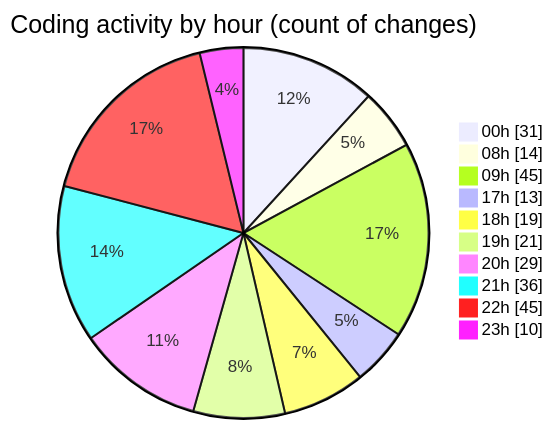
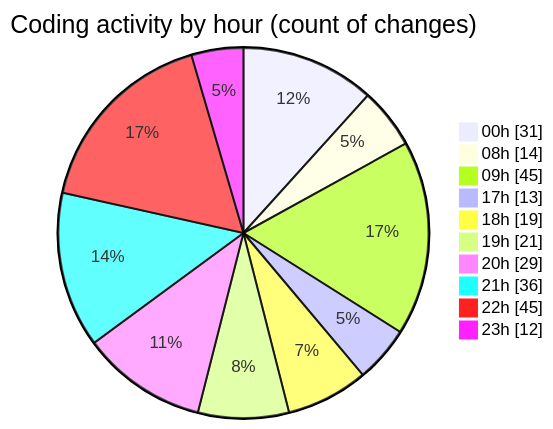
Before and after one commit to lephambinh05/code-tracking: the second of 2 diagrams in 2025-08-03/studybuddy/README.md, drawn with Mermaid. The commit also changed other lines of this file and 1 other file, not shown here.

````diff
--- a/2025-08-03/studybuddy/README.md
+++ b/2025-08-03/studybuddy/README.md
@@ -103,14 +103,14 @@
 ```mermaid
 pie showData
 title Coding activity by hour (count of changes)
 "00h" : 31
 "08h" : 14
 "09h" : 45
 "17h" : 13
 "18h" : 19
 "19h" : 21
 "20h" : 29
 "21h" : 36
 "22h" : 45
-"23h" : 10
+"23h" : 12
 ```
````
